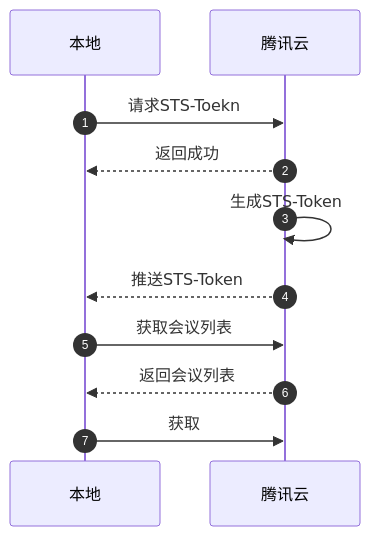
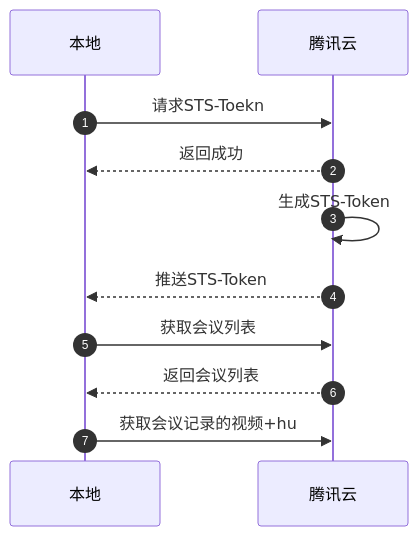
One commit to HY-10-8/iodraw-files changed the diagram in all/未命名-5.md. Above: the diagram before and after it, drawn with Mermaid.

Commit message:
2026-04-24 10:27:08 update

````diff
--- a/all/未命名-5.md
+++ b/all/未命名-5.md
@@ -1,16 +1,16 @@
 ```mermaid
 sequenceDiagram
     autonumber
 
     participant 本地 
     participant 腾讯云
     
     本地->>腾讯云: 请求STS-Toekn
     腾讯云-->>本地: 返回成功
     腾讯云->>腾讯云: 生成STS-Token
     腾讯云-->>本地: 推送STS-Token
     本地->>腾讯云: 获取会议列表
     腾讯云-->>本地: 返回会议列表
-    本地->>腾讯云: 获取
+    本地->>腾讯云: 获取会议记录的视频+hu
 
 ```
````
